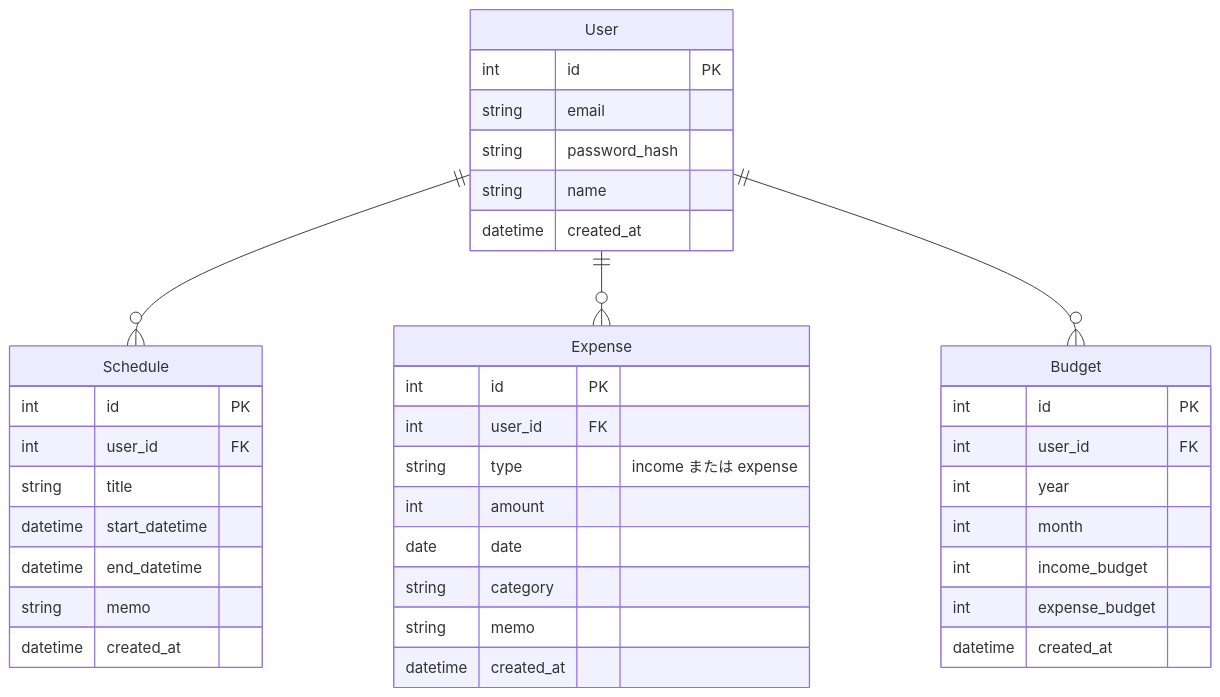
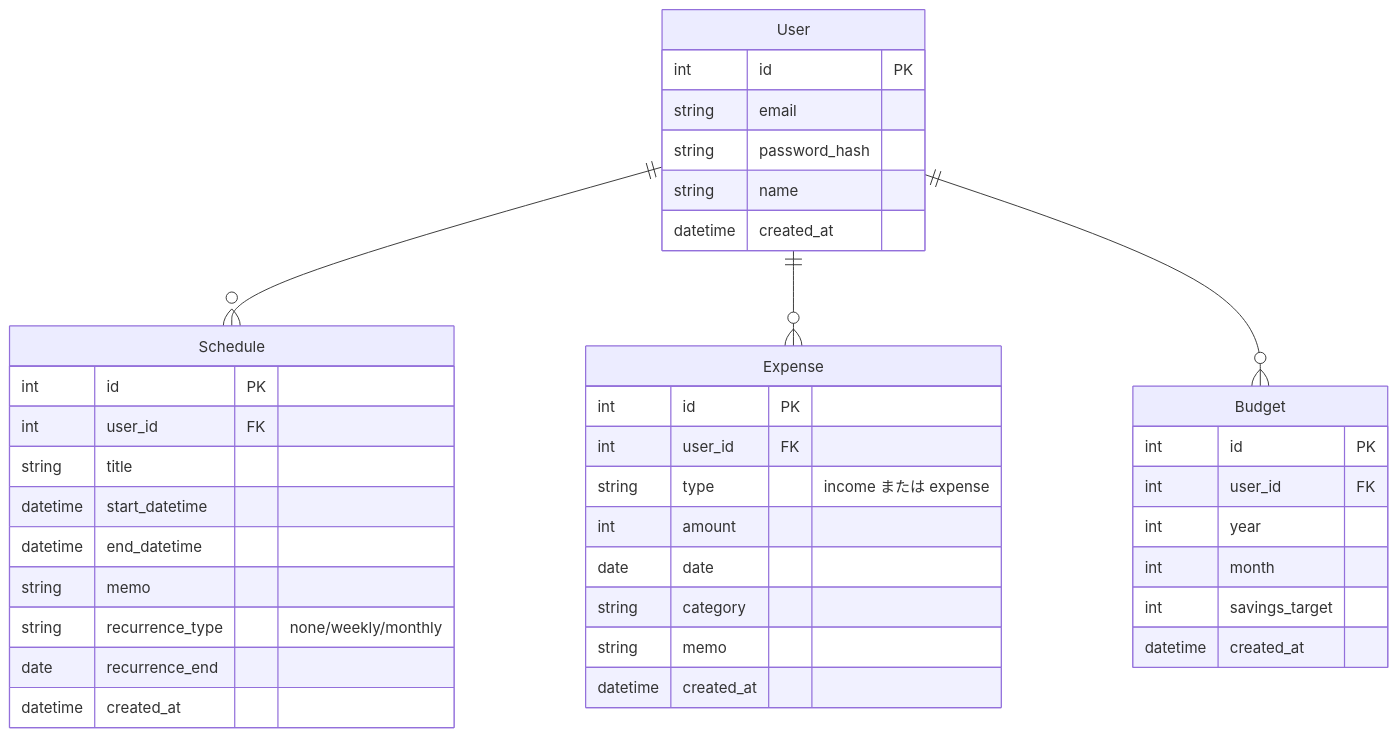
Before and after one commit to kmrtk/PlannerwithExpense: the second of 2 diagrams in docs/03_structure.md, drawn with Mermaid. The commit also changed other lines of this file and 2 other files, not shown here.

````diff
--- a/docs/03_structure.md
+++ b/docs/03_structure.md
@@ -44,42 +53,43 @@
 ```mermaid
 erDiagram
     User {
         int id PK
         string email
         string password_hash
         string name
         datetime created_at
     }
     Schedule {
         int id PK
         int user_id FK
         string title
         datetime start_datetime
         datetime end_datetime
         string memo
+        string recurrence_type "none/weekly/monthly"
+        date recurrence_end
         datetime created_at
     }
     Expense {
         int id PK
         int user_id FK
         string type "income または expense"
         int amount
         date date
         string category
         string memo
         datetime created_at
     }
     Budget {
         int id PK
         int user_id FK
         int year
         int month
-        int income_budget
-        int expense_budget
+        int savings_target
         datetime created_at
     }
 
     User ||--o{ Schedule : ""
     User ||--o{ Expense : ""
     User ||--o{ Budget : ""
 ```
````
